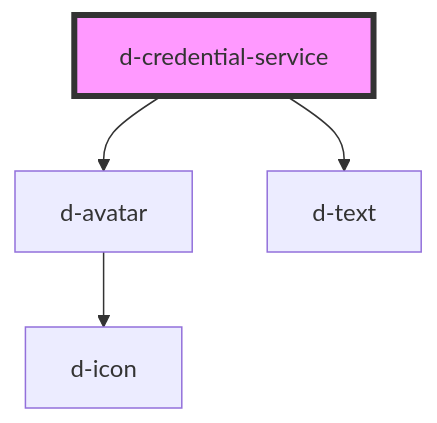
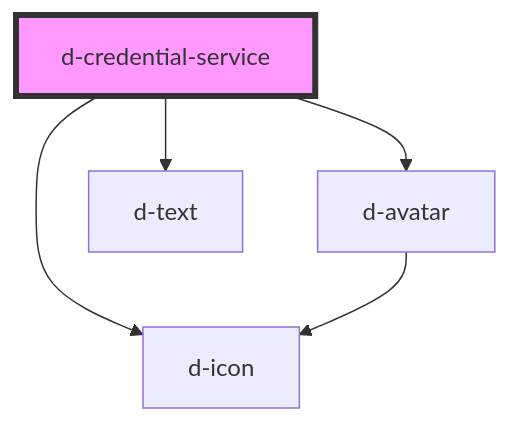
Before and after one commit to ForkbombEu/didroom-components: the diagram in src/components/credential-service/readme.md, drawn with Mermaid. The commit also changed other lines of this file and 12 other files, not shown here.

````diff
--- a/src/components/credential-service/readme.md
+++ b/src/components/credential-service/readme.md
@@ -28,7 +29,8 @@
 ```mermaid
 graph TD;
   d-credential-service --> d-avatar
   d-credential-service --> d-text
+  d-credential-service --> d-icon
   d-avatar --> d-icon
   style d-credential-service fill:#f9f,stroke:#333,stroke-width:4px
 ```
````
